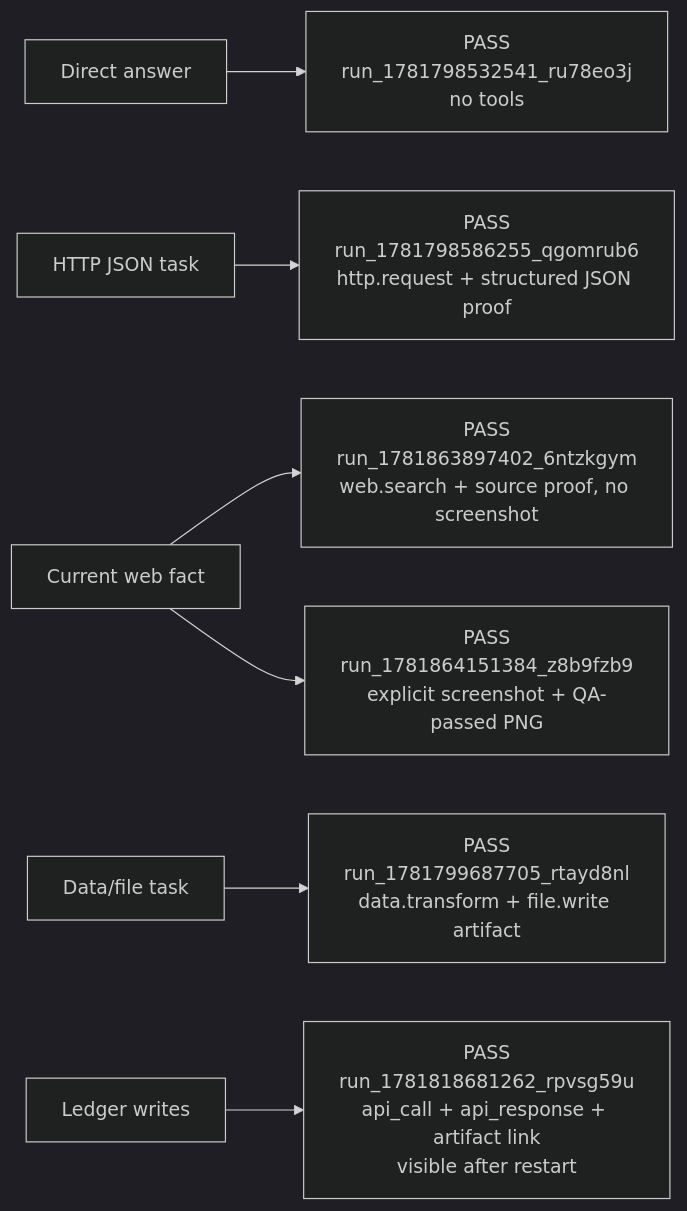
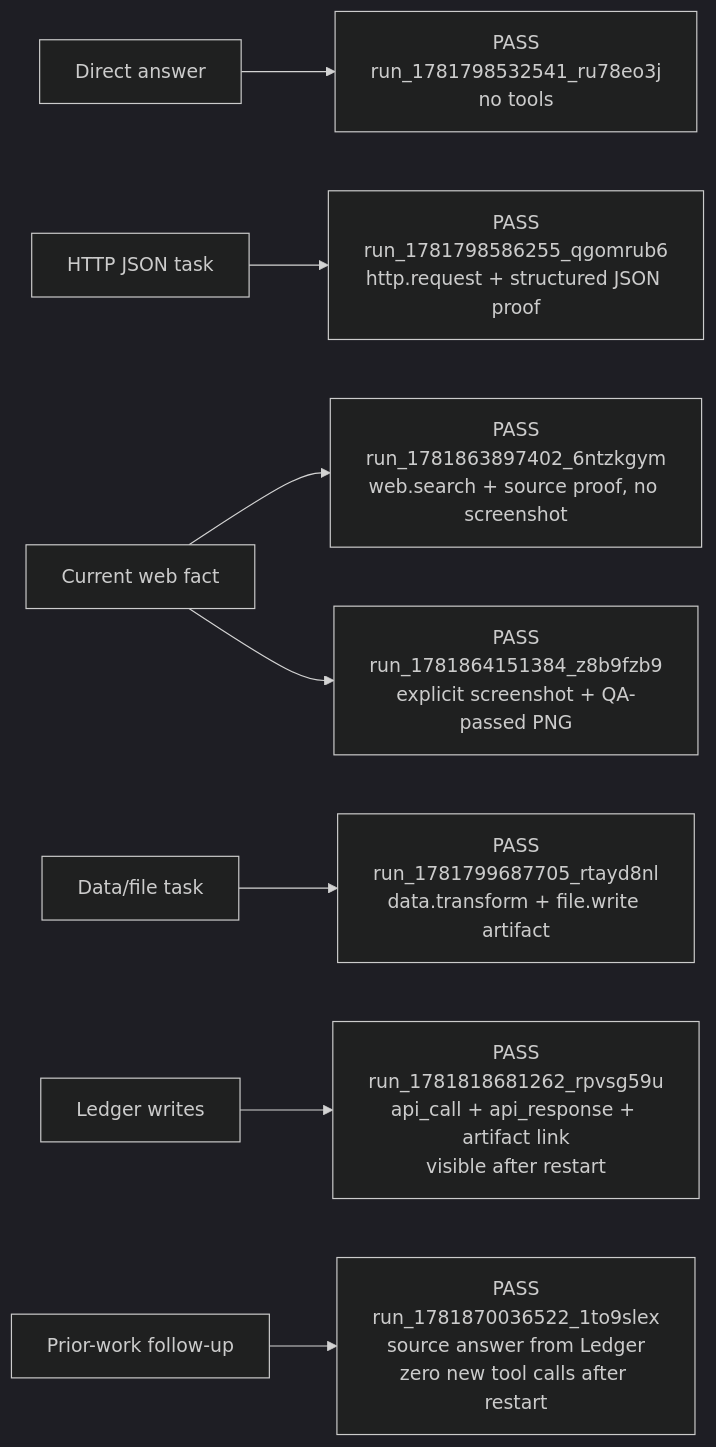
One commit to ruler47/agentic changed the diagram in docs/agent-handoff.md. Above: the diagram before and after it, drawn with Mermaid (dark theme). The commit also changed other lines of this file and 15 other files, not shown here.

Commit message:
Add prior work recovery for thread follow-ups

````diff
--- a/docs/agent-handoff.md
+++ b/docs/agent-handoff.md
@@ -48,9 +49,10 @@
 ```mermaid
 flowchart LR
   A["Direct answer"] --> A1["PASS\nrun_1781798532541_ru78eo3j\nno tools"]
   B["HTTP JSON task"] --> B1["PASS\nrun_1781798586255_qgomrub6\nhttp.request + structured JSON proof"]
   C["Current web fact"] --> C1["PASS\nrun_1781863897402_6ntzkgym\nweb.search + source proof, no screenshot"]
   C --> C2["PASS\nrun_1781864151384_z8b9fzb9\nexplicit screenshot + QA-passed PNG"]
   D["Data/file task"] --> D1["PASS\nrun_1781799687705_rtayd8nl\ndata.transform + file.write artifact"]
   E["Ledger writes"] --> E1["PASS\nrun_1781818681262_rpvsg59u\napi_call + api_response + artifact link\nvisible after restart"]
+  F["Prior-work follow-up"] --> F1["PASS\nrun_1781870036522_1to9slex\nsource answer from Ledger\nzero new tool calls after restart"]
 ```
````
